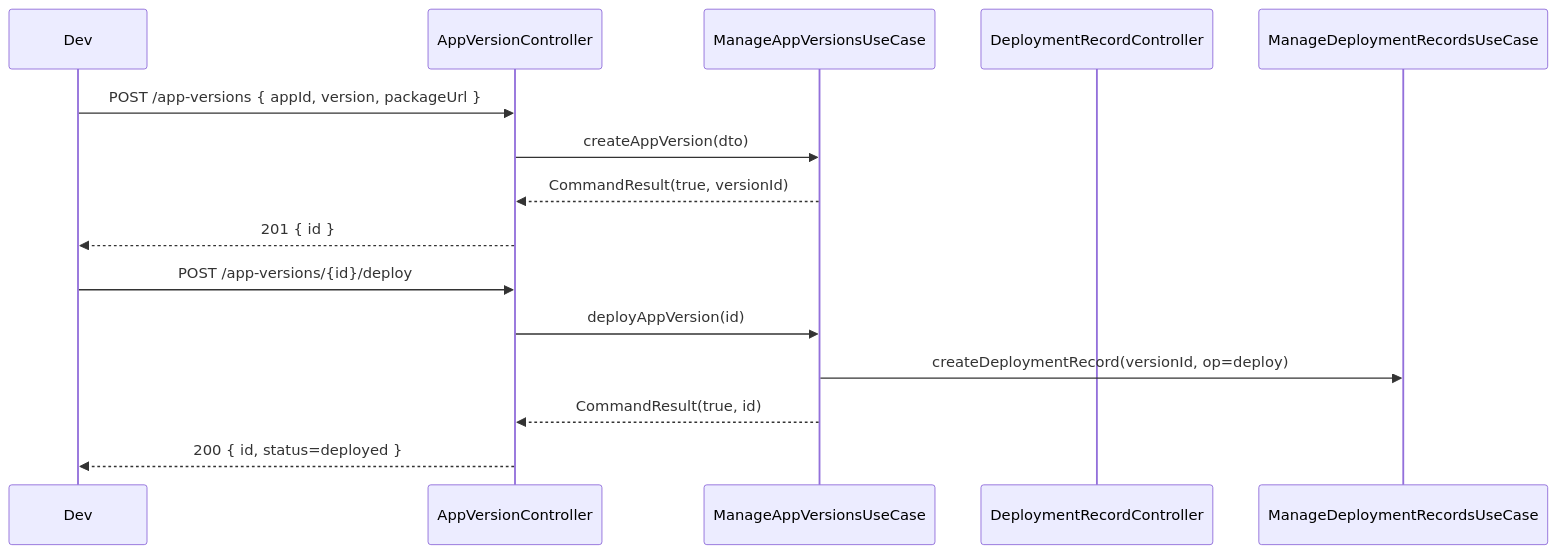
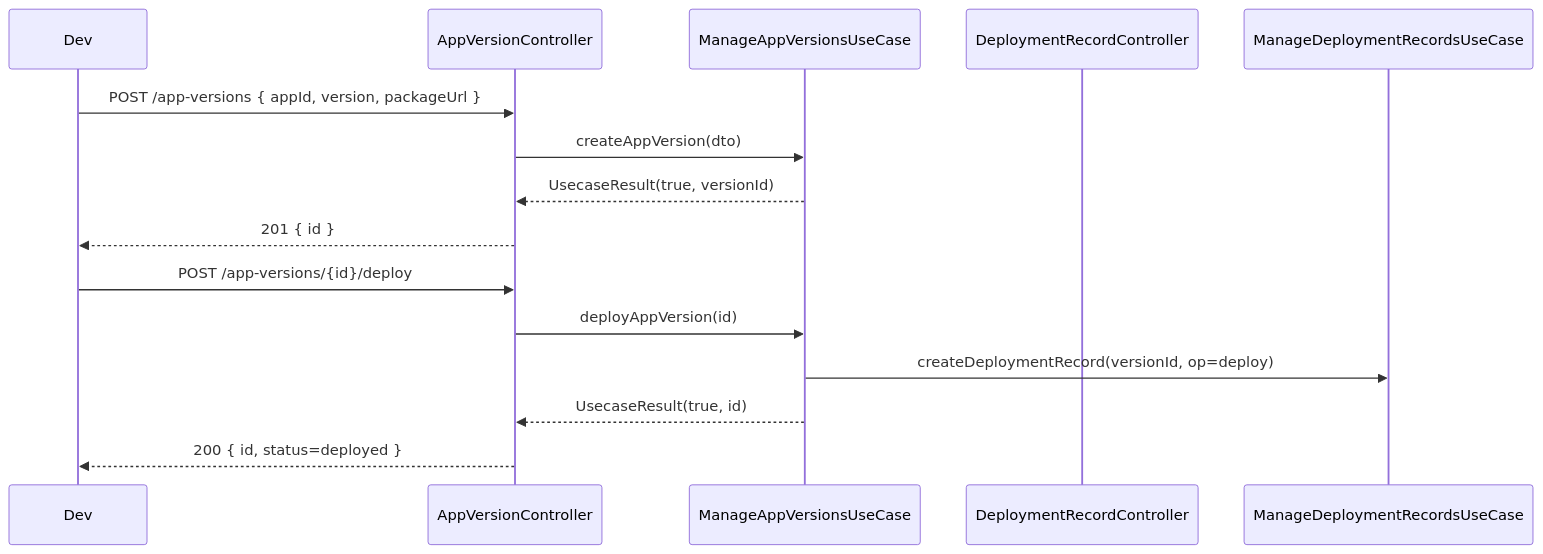
Before and after one commit to UIMSolutions/uim-platform: the third of 3 diagrams in html-repository/UML.md, drawn with Mermaid. The commit also changed 907 other files, not shown here.

Commit message:
Rename CommandResult

````diff
--- a/html-repository/UML.md
+++ b/html-repository/UML.md
@@ -125,19 +125,19 @@
 ```mermaid
 sequenceDiagram
     participant Dev
     participant AVC as AppVersionController
     participant AVUC as ManageAppVersionsUseCase
     participant DRC as DeploymentRecordController
     participant DRUC as ManageDeploymentRecordsUseCase
 
     Dev->>AVC: POST /app-versions { appId, version, packageUrl }
     AVC->>AVUC: createAppVersion(dto)
-    AVUC-->>AVC: CommandResult(true, versionId)
+    AVUC-->>AVC: UsecaseResult(true, versionId)
     AVC-->>Dev: 201 { id }
 
     Dev->>AVC: POST /app-versions/{id}/deploy
     AVC->>AVUC: deployAppVersion(id)
     AVUC->>DRUC: createDeploymentRecord(versionId, op=deploy)
-    AVUC-->>AVC: CommandResult(true, id)
+    AVUC-->>AVC: UsecaseResult(true, id)
     AVC-->>Dev: 200 { id, status=deployed }
 ```
````
